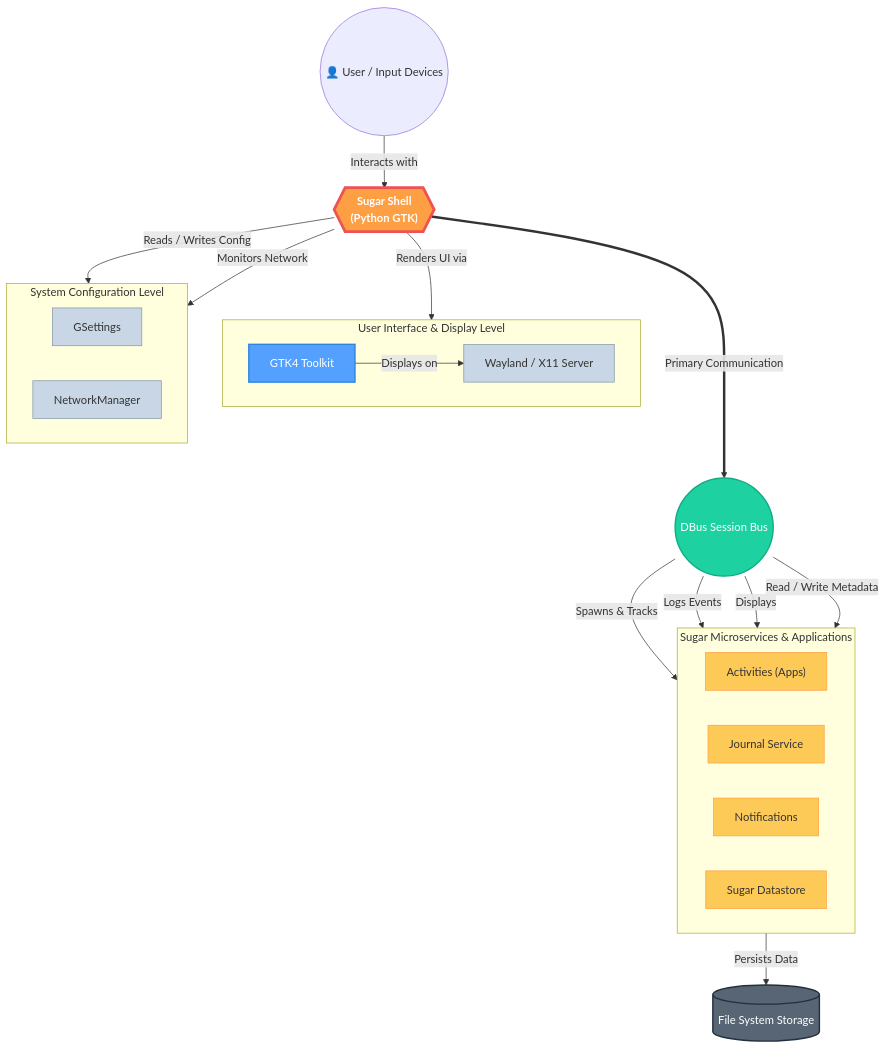
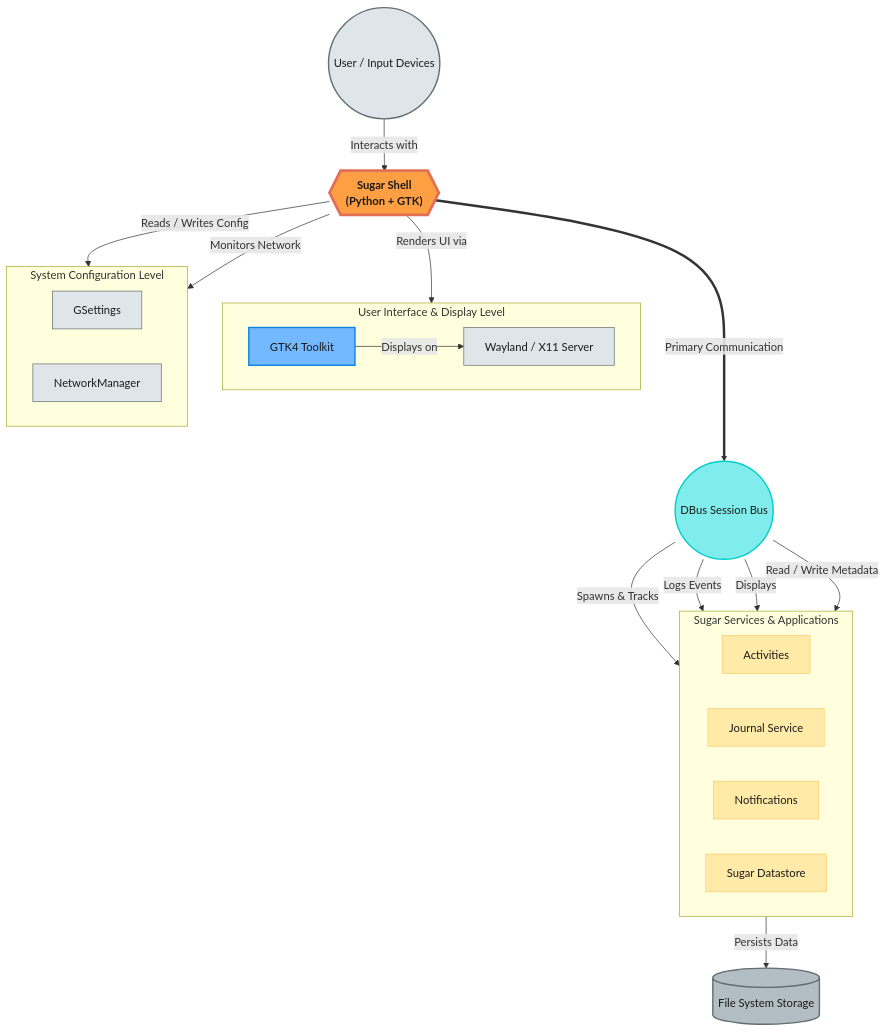
One commit to Dev10-sys/sugar-proposal-gtk changed the first of 9 diagrams in proposal.md. Above: the diagram before and after it, drawn with Mermaid. The commit also changed other lines of this file, not shown here.

Commit message:
Polish all diagrams: remove emojis, dark text, professional styling

````diff
--- a/proposal.md
+++ b/proposal.md
@@ -115,68 +115,69 @@
 ```mermaid
 flowchart TD
     %% Top Level User Interaction
-    User((👤 User / Input Devices))
+    User(("User / Input Devices"))
 
     %% User Interface & System Display Layer
     subgraph UI_Layer ["User Interface & Display Level"]
         direction LR
         GTK["GTK4 Toolkit"]
         Display["Wayland / X11 Server"]
     end
 
     %% The Middle Layer (Core)
-    Shell{{"Sugar Shell\n(Python GTK)"}}
+    Shell{{"Sugar Shell\n(Python + GTK)"}}
 
     %% System Configuration
     subgraph Config_Layer ["System Configuration Level"]
         direction LR
         GSettings["GSettings"]
         NetworkManager["NetworkManager"]
     end
 
     %% IPC Communication Layer
     DBus(("DBus Session Bus"))
 
     %% Background Services
-    subgraph Services_Layer ["Sugar Microservices & Applications"]
+    subgraph Services_Layer ["Sugar Services & Applications"]
         direction LR
-        Activities["Activities (Apps)"]
+        Activities["Activities"]
         Journal["Journal Service"]
         Notifications["Notifications"]
         Datastore["Sugar Datastore"]
     end
 
     %% Persistence Layer
     Storage[("File System Storage")]
 
-    %% Interactions emphasizing Sugar Shell as the Middle Layer
+    %% Interactions
     User -->|Interacts with| Shell
 
     Shell -->|Renders UI via| GTK
     GTK -->|Displays on| Display
 
     Shell -->|Reads / Writes Config| GSettings
     Shell -->|Monitors Network| NetworkManager
 
     Shell ===>|Primary Communication| DBus
 
     DBus -->|Spawns & Tracks| Activities
     DBus -->|Logs Events| Journal
     DBus -->|Displays| Notifications
     DBus -->|Read / Write Metadata| Datastore
 
     Datastore -->|Persists Data| Storage
 
-    %% Styling for Professional Architectural Look
-    style Shell fill:#ff9f43,stroke:#ee5253,stroke-width:4px,color:#fff,font-weight:bold
-    style DBus fill:#1dd1a1,stroke:#10ac84,stroke-width:2px,color:#fff
-    style GTK fill:#54a0ff,stroke:#2e86de,stroke-width:2px,color:#fff
-    style Display fill:#c8d6e5,stroke:#8395a7,stroke-width:1px
-    style GSettings fill:#c8d6e5,stroke:#8395a7,stroke-width:1px
-    style NetworkManager fill:#c8d6e5,stroke:#8395a7,stroke-width:1px
-    style Storage fill:#576574,stroke:#222f3e,stroke-width:2px,color:#fff
-    style Activities fill:#feca57,stroke:#ff9f43,stroke-width:1px
-    style Journal fill:#feca57,stroke:#ff9f43,stroke-width:1px
-    style Datastore fill:#feca57,stroke:#ff9f43,stroke-width:1px
-    style Notifications fill:#feca57,stroke:#ff9f43,stroke-width:1px
+    %% Styling
+    style User fill:#dfe6e9,stroke:#636e72,stroke-width:2px,color:#1a1a1a
+    style Shell fill:#ff9f43,stroke:#e17055,stroke-width:4px,color:#1a1a1a,font-weight:bold
+    style DBus fill:#81ecec,stroke:#00cec9,stroke-width:2px,color:#1a1a1a
+    style GTK fill:#74b9ff,stroke:#0984e3,stroke-width:2px,color:#1a1a1a
+    style Display fill:#dfe6e9,stroke:#636e72,stroke-width:1px,color:#1a1a1a
+    style GSettings fill:#dfe6e9,stroke:#636e72,stroke-width:1px,color:#1a1a1a
+    style NetworkManager fill:#dfe6e9,stroke:#636e72,stroke-width:1px,color:#1a1a1a
+    style Storage fill:#b2bec3,stroke:#636e72,stroke-width:2px,color:#1a1a1a
+    style Activities fill:#ffeaa7,stroke:#fdcb6e,stroke-width:1px,color:#1a1a1a
+    style Journal fill:#ffeaa7,stroke:#fdcb6e,stroke-width:1px,color:#1a1a1a
+    style Datastore fill:#ffeaa7,stroke:#fdcb6e,stroke-width:1px,color:#1a1a1a
+    style Notifications fill:#ffeaa7,stroke:#fdcb6e,stroke-width:1px,color:#1a1a1a
 ```
````
